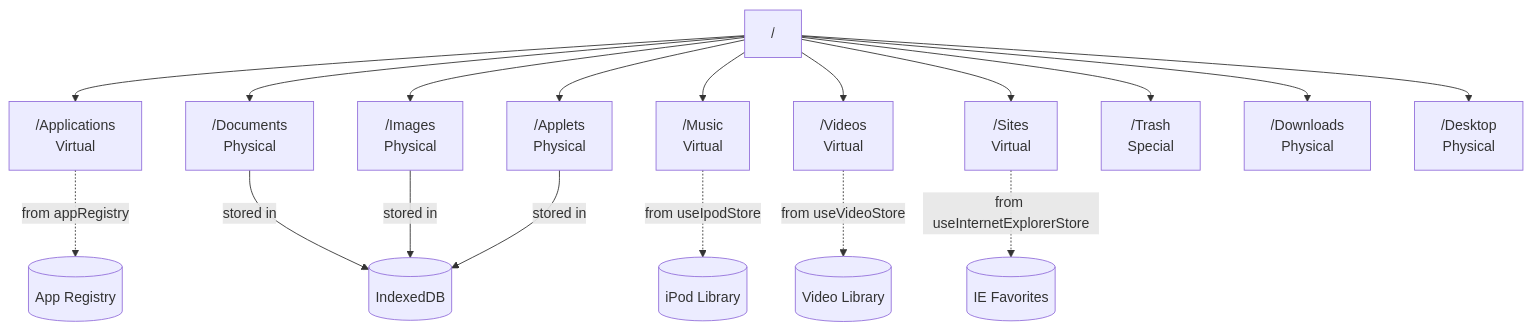
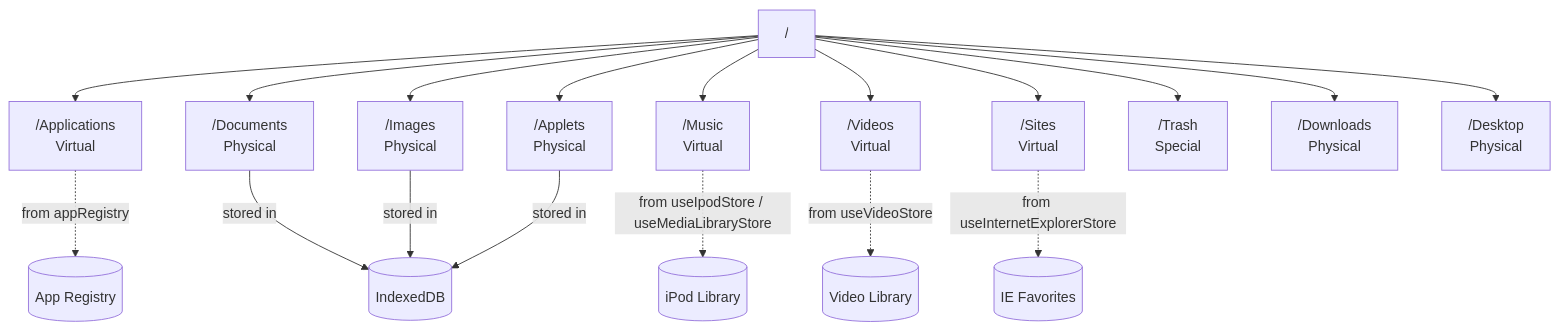
Before and after one commit to ryokun6/ryos: the second of 2 diagrams in docs/5-file-system.md, drawn with Mermaid. The commit also changed other lines of this file and 60 other files, not shown here.

````diff
--- a/docs/5-file-system.md
+++ b/docs/5-file-system.md
@@ -67,22 +81,22 @@
 ```mermaid
 graph TD
     Root["/"] --> Apps["/Applications<br/>Virtual"]
     Root --> Docs["/Documents<br/>Physical"]
     Root --> Imgs["/Images<br/>Physical"]
     Root --> Music["/Music<br/>Virtual"]
     Root --> Videos["/Videos<br/>Virtual"]
     Root --> Sites["/Sites<br/>Virtual"]
     Root --> Applets["/Applets<br/>Physical"]
     Root --> Trash["/Trash<br/>Special"]
     Root --> Downloads["/Downloads<br/>Physical"]
     Root --> Desktop["/Desktop<br/>Physical"]
     
     Apps -.->|"from appRegistry"| AppReg[(App Registry)]
-    Music -.->|"from useIpodStore"| iPod[(iPod Library)]
+    Music -.->|"from useIpodStore / useMediaLibraryStore"| iPod[(iPod Library)]
     Videos -.->|"from useVideoStore"| VidLib[(Video Library)]
     Sites -.->|"from useInternetExplorerStore"| IEFav[(IE Favorites)]
     
     Docs -->|"stored in"| IDB[(IndexedDB)]
     Imgs -->|"stored in"| IDB
     Applets -->|"stored in"| IDB
 ```
````
